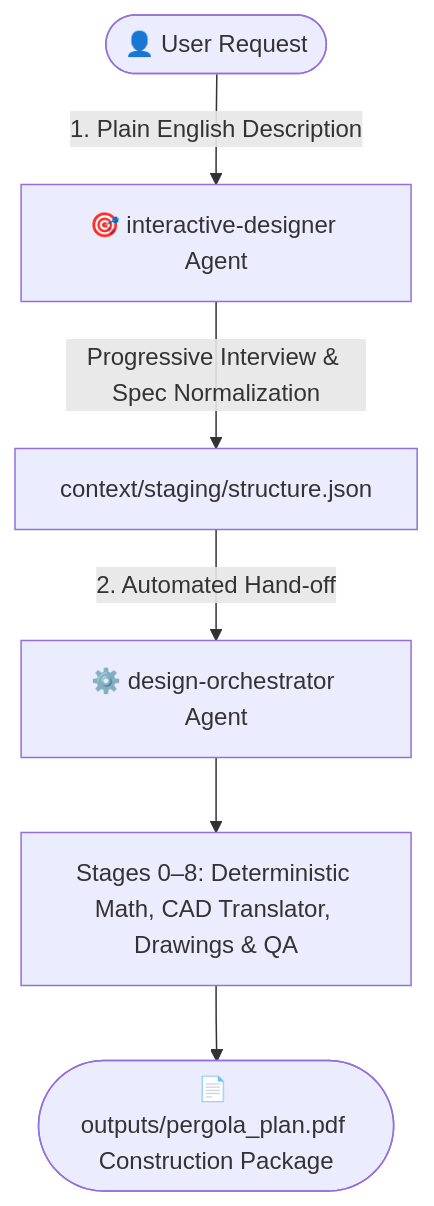
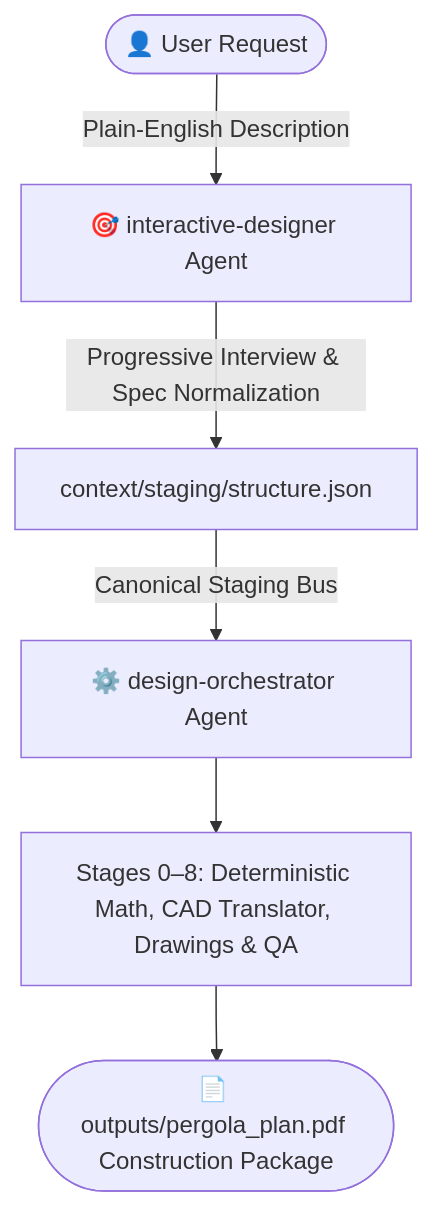
Before and after one commit to richfrem/garden-structure-designer: the diagram in README.md, drawn with Mermaid. The commit also changed other lines of this file and 22 other files, not shown here.

Commit message:
docs: establish lean AGENTS.md, minimal CLAUDE.md bridge, and architecture.md

````diff
--- a/README.md
+++ b/README.md
@@ -82,8 +14,8 @@
 ```mermaid
 flowchart TD
-    User([👤 User Request]) -->|1. Plain English Description| ID[🎯 interactive-designer Agent]
+    User([👤 User Request]) -->|Plain-English Description| ID[🎯 interactive-designer Agent]
     ID -->|Progressive Interview & Spec Normalization| Struct[context/staging/structure.json]
-    Struct -->|2. Automated Hand-off| DO[⚙️ design-orchestrator Agent]
+    Struct -->|Canonical Staging Bus| DO[⚙️ design-orchestrator Agent]
     DO --> Stages[Stages 0–8: Deterministic Math, CAD Translator, Drawings & QA]
     Stages --> PDF([📄 outputs/pergola_plan.pdf Construction Package])
 ```
````
